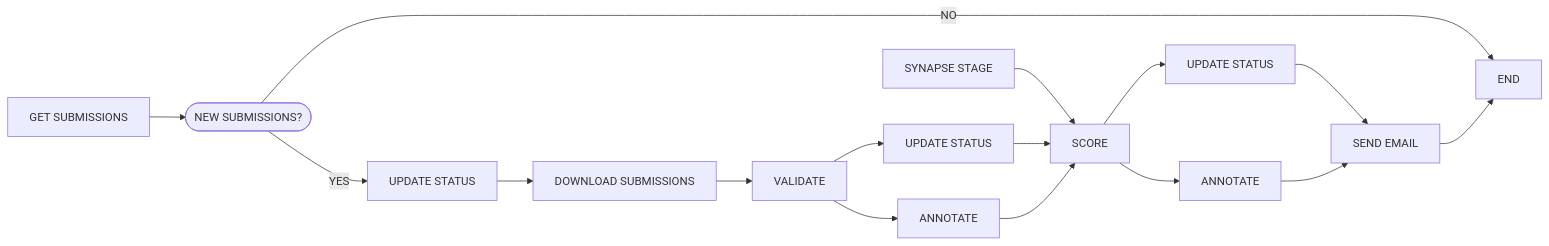
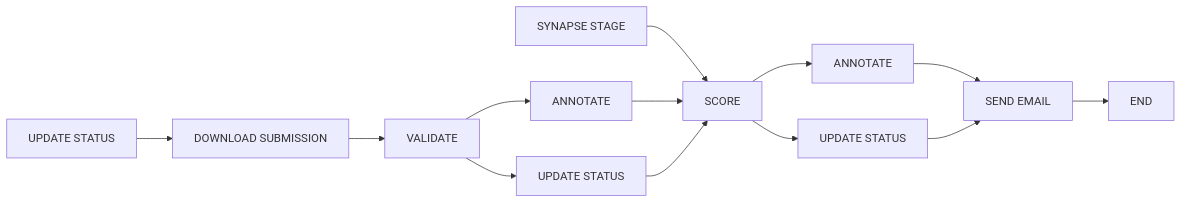
The second of 2 diagrams in README.md (Sage-Bionetworks-Workflows/nf-synapse-challenge), drawn with Mermaid before and after one commit. The commit also changed other lines of this file, not shown here.

````diff
--- a/README.md
+++ b/README.md
@@ -108,18 +131,15 @@
 ```mermaid
   flowchart LR;
-    A[SYNAPSE STAGE]-->I[SCORE];
-    B[GET SUBMISSIONS]-->C([NEW SUBMISSIONS?]);
-    C-->|YES|D[UPDATE STATUS];
-    C-->|NO|END;
-    D-->E[DOWNLOAD SUBMISSIONS];
-    E-->F[VALIDATE];
-    F-->G[UPDATE STATUS];
-    F-->H[ANNOTATE];
-    G-->I[SCORE];
-    H-->I;
-    I-->J[UPDATE STATUS];
-    I-->K[ANNOTATE];
-    J-->L[SEND EMAIL];
-		K-->L[SEND EMAIL];
-    L-->END;
+    A[SYNAPSE STAGE]-->G[SCORE];
+    B[UPDATE STATUS]-->C[DOWNLOAD SUBMISSION];
+    C-->D[VALIDATE];
+    D-->E[ANNOTATE];
+    D-->F[UPDATE STATUS];
+    E-->G;
+    F-->G;
+    G-->H[ANNOTATE];
+    G-->I[UPDATE STATUS];
+    H-->J[SEND EMAIL];
+    I-->J;
+    J-->K[END];
 ```
````
